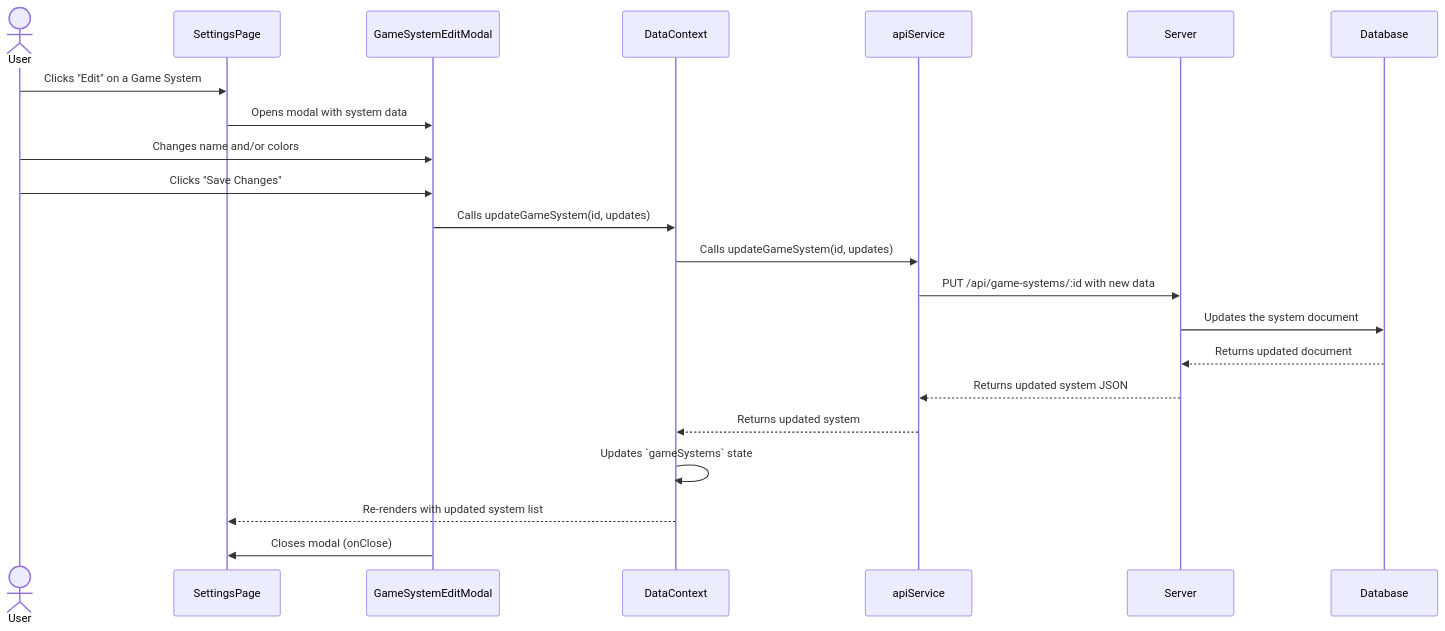
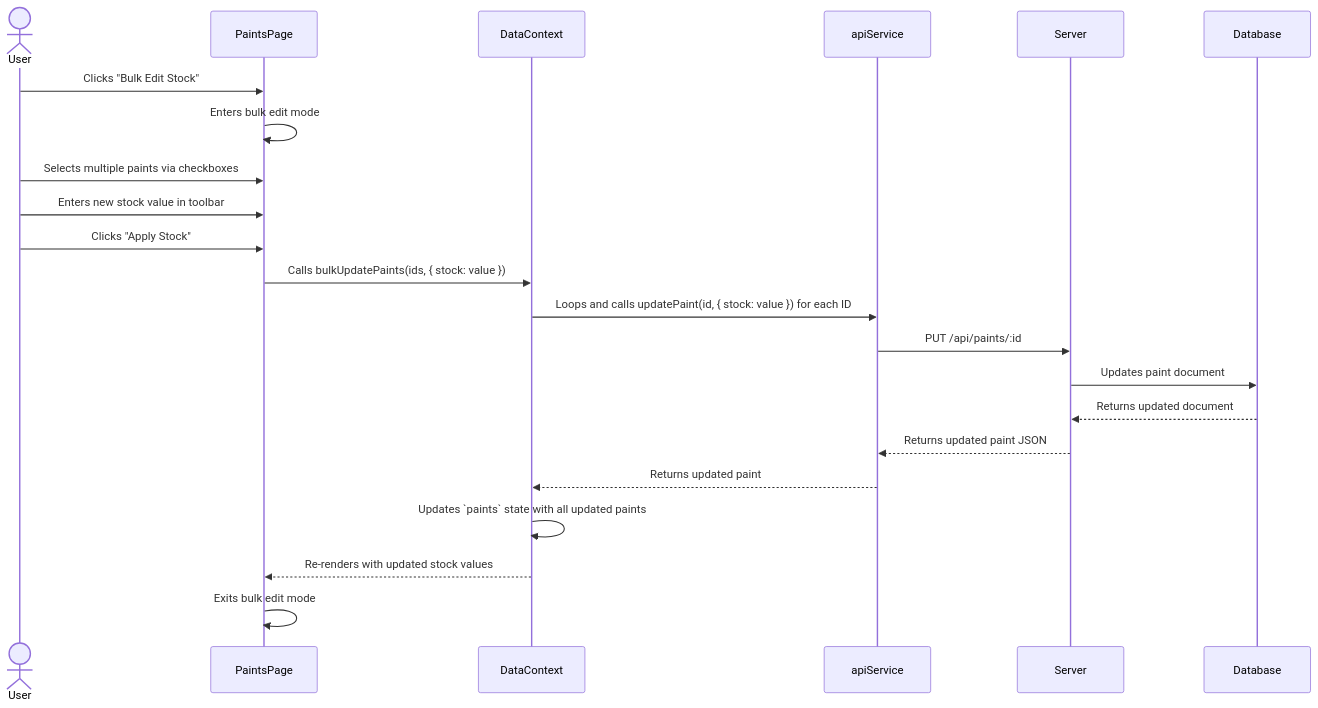
Before and after one commit to stuartperrymason-ops/https-github.com-stuartperrymason-ops-Top-Model-collector: the fourth of 5 diagrams in README.md, drawn with Mermaid. The commit also changed other lines of this file and 5 other files, not shown here.

First line of the commit message:
feat: Add bulk paint operations and CSV import for paints

````diff
--- a/README.md
+++ b/README.md
@@ -111,25 +124,25 @@
 ```mermaid
 sequenceDiagram
     actor User
-    participant SettingsPage
-    participant GameSystemEditModal
+    participant PaintsPage
     participant DataContext
     participant apiService
     participant Server
     participant Database
 
-    User->>SettingsPage: Clicks "Edit" on a Game System
-    SettingsPage->>GameSystemEditModal: Opens modal with system data
-    User->>GameSystemEditModal: Changes name and/or colors
-    User->>GameSystemEditModal: Clicks "Save Changes"
-    GameSystemEditModal->>DataContext: Calls updateGameSystem(id, updates)
-    DataContext->>apiService: Calls updateGameSystem(id, updates)
-    apiService->>Server: PUT /api/game-systems/:id with new data
-    Server->>Database: Updates the system document
+    User->>PaintsPage: Clicks "Bulk Edit Stock"
+    PaintsPage->>PaintsPage: Enters bulk edit mode
+    User->>PaintsPage: Selects multiple paints via checkboxes
+    User->>PaintsPage: Enters new stock value in toolbar
+    User->>PaintsPage: Clicks "Apply Stock"
+    PaintsPage->>DataContext: Calls bulkUpdatePaints(ids, { stock: value })
+    DataContext->>apiService: Loops and calls updatePaint(id, { stock: value }) for each ID
+    apiService->>Server: PUT /api/paints/:id
+    Server->>Database: Updates paint document
     Database-->>Server: Returns updated document
-    Server-->>apiService: Returns updated system JSON
-    apiService-->>DataContext: Returns updated system
-    DataContext->>DataContext: Updates `gameSystems` state
-    DataContext-->>SettingsPage: Re-renders with updated system list
-    GameSystemEditModal->>SettingsPage: Closes modal (onClose)
+    Server-->>apiService: Returns updated paint JSON
+    apiService-->>DataContext: Returns updated paint
+    DataContext->>DataContext: Updates `paints` state with all updated paints
+    DataContext-->>PaintsPage: Re-renders with updated stock values
+    PaintsPage->>PaintsPage: Exits bulk edit mode
 ```
````
